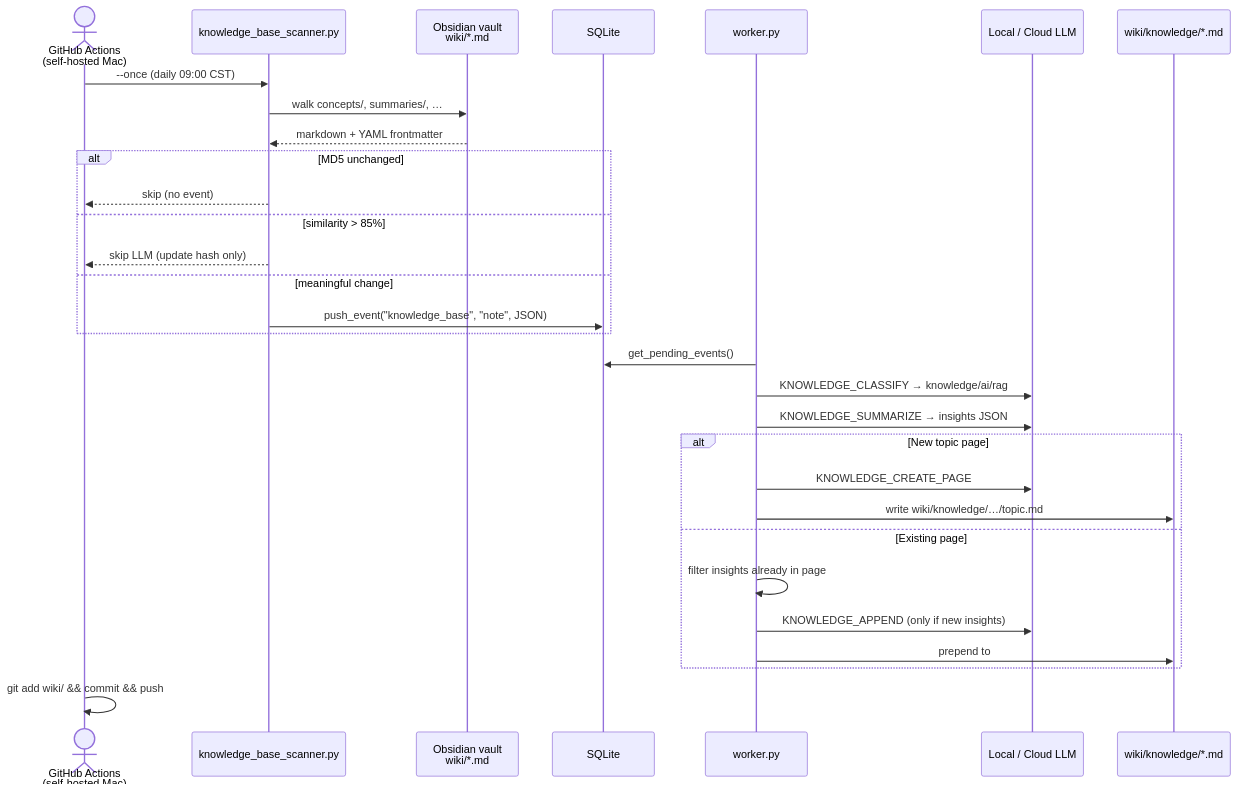
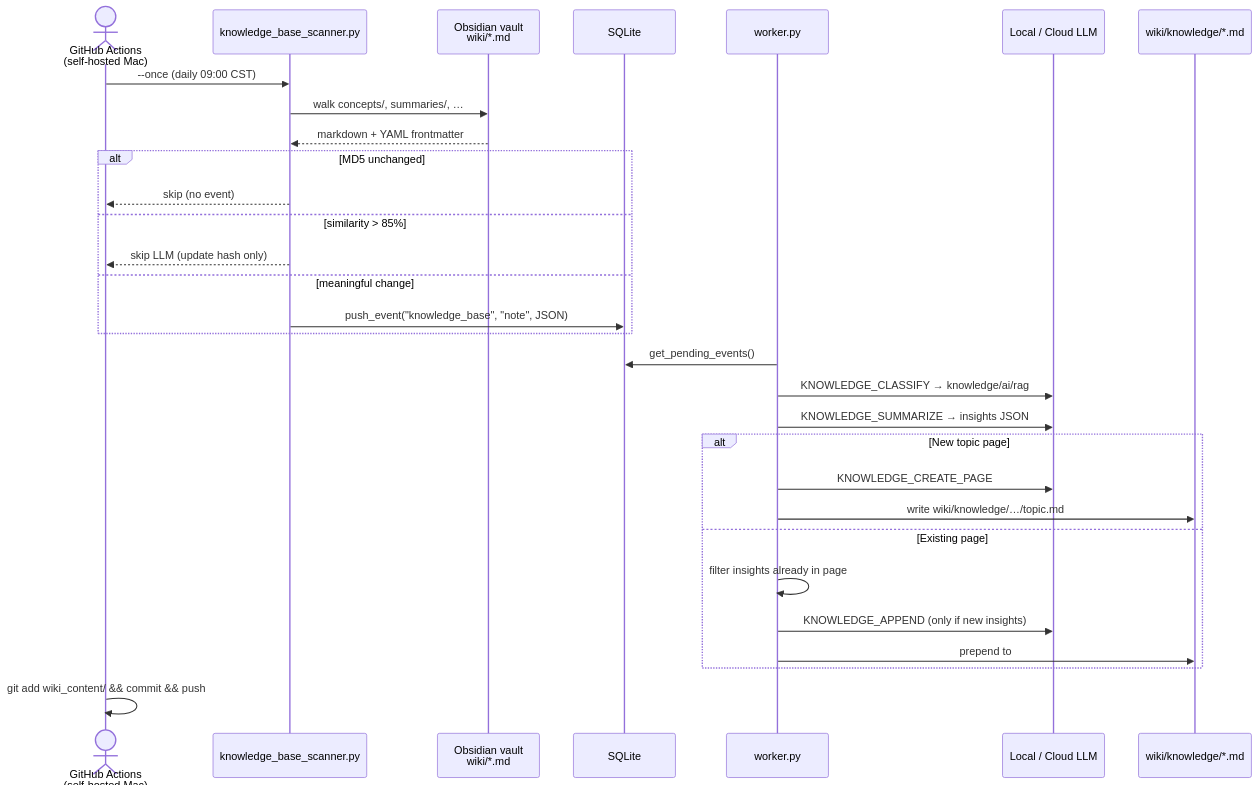
Before and after one commit to thomaschen-tw/shadow-wiki: the second of 2 diagrams in docs/workflow.md, drawn with Mermaid. The commit also changed other lines of this file and 21 other files, not shown here.

````diff
--- a/docs/workflow.md
+++ b/docs/workflow.md
@@ -73,37 +73,37 @@
 ```mermaid
 sequenceDiagram
     actor Cron as GitHub Actions<br/>(self-hosted Mac)
     participant Scanner as knowledge_base_scanner.py
     participant Vault as Obsidian vault<br/>wiki/*.md
     participant DB as SQLite
     participant Worker as worker.py
     participant LLM as Local / Cloud LLM
     participant Out as wiki/knowledge/*.md
 
     Cron->>Scanner: --once (daily 09:00 CST)
     Scanner->>Vault: walk concepts/, summaries/, …
     Vault-->>Scanner: markdown + YAML frontmatter
 
     alt MD5 unchanged
         Scanner-->>Cron: skip (no event)
     else similarity > 85%
         Scanner-->>Cron: skip LLM (update hash only)
     else meaningful change
         Scanner->>DB: push_event("knowledge_base", "note", JSON)
     end
 
     Worker->>DB: get_pending_events()
     Worker->>LLM: KNOWLEDGE_CLASSIFY → knowledge/ai/rag
     Worker->>LLM: KNOWLEDGE_SUMMARIZE → insights JSON
 
     alt New topic page
         Worker->>LLM: KNOWLEDGE_CREATE_PAGE
         Worker->>Out: write wiki/knowledge/…/topic.md
     else Existing page
         Worker->>Worker: filter insights already in page
         Worker->>LLM: KNOWLEDGE_APPEND (only if new insights)
         Worker->>Out: prepend to ## Key Insights
     end
 
-    Cron->>Cron: git add wiki/ && commit && push
+    Cron->>Cron: git add wiki_content/ && commit && push
 ```
````
